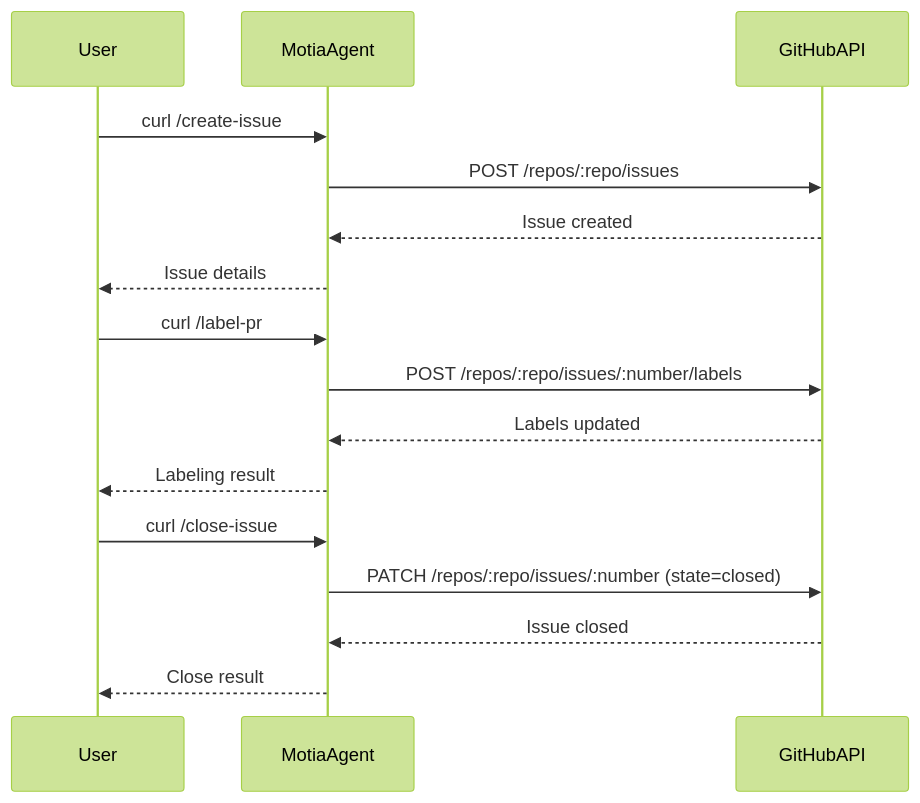
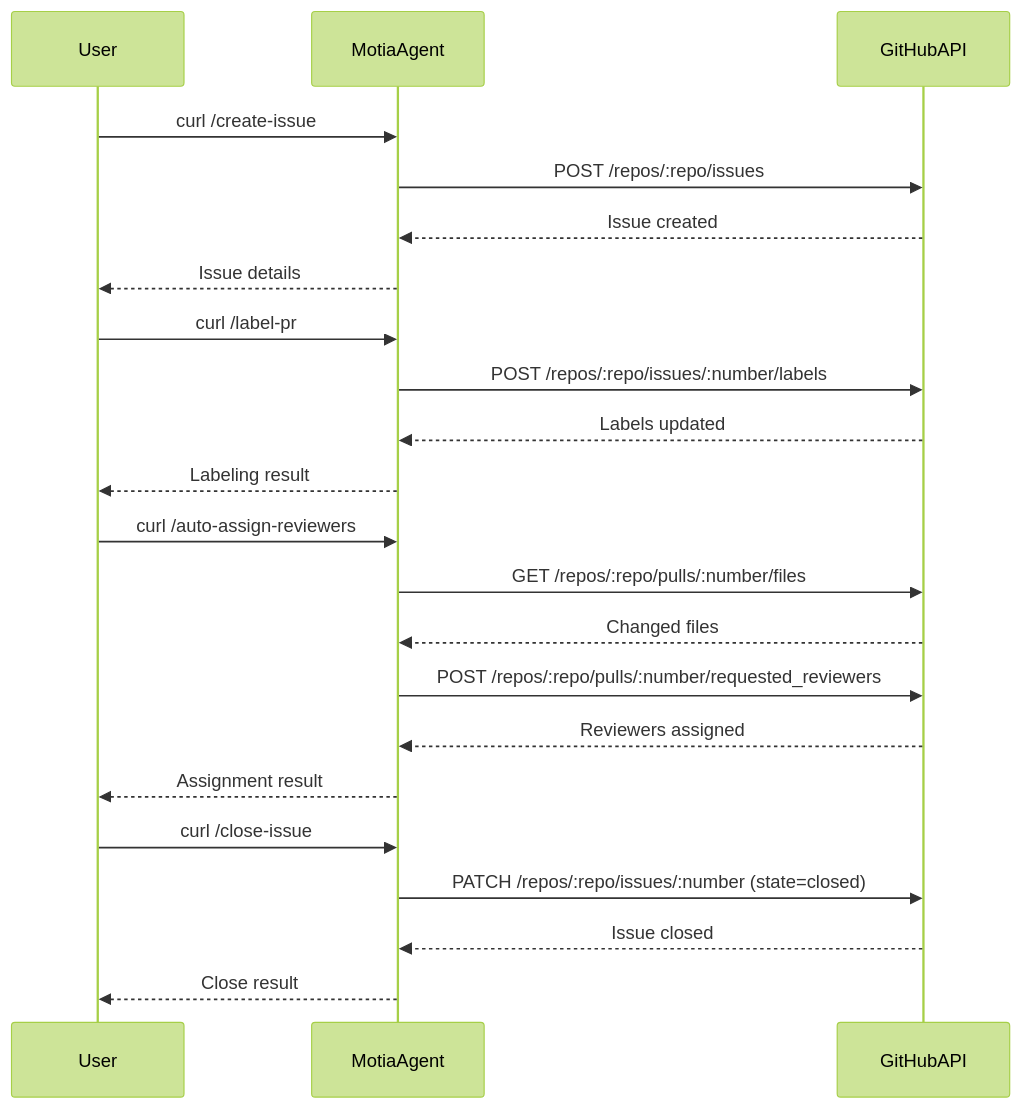
Before and after one commit to swarna1101/github-pr-agent: the diagram in README.md, drawn with Mermaid (forest theme). The commit also changed 4 other files, not shown here.

````diff
--- a/README.md
+++ b/README.md
@@ -90,18 +90,24 @@
 ```mermaid
 sequenceDiagram
     participant User
     participant MotiaAgent
     participant GitHubAPI
     User->>MotiaAgent: curl /create-issue
     MotiaAgent->>GitHubAPI: POST /repos/:repo/issues
     GitHubAPI-->>MotiaAgent: Issue created
     MotiaAgent-->>User: Issue details
     User->>MotiaAgent: curl /label-pr
     MotiaAgent->>GitHubAPI: POST /repos/:repo/issues/:number/labels
     GitHubAPI-->>MotiaAgent: Labels updated
     MotiaAgent-->>User: Labeling result
+    User->>MotiaAgent: curl /auto-assign-reviewers
+    MotiaAgent->>GitHubAPI: GET /repos/:repo/pulls/:number/files
+    GitHubAPI-->>MotiaAgent: Changed files
+    MotiaAgent->>GitHubAPI: POST /repos/:repo/pulls/:number/requested_reviewers
+    GitHubAPI-->>MotiaAgent: Reviewers assigned
+    MotiaAgent-->>User: Assignment result
     User->>MotiaAgent: curl /close-issue
     MotiaAgent->>GitHubAPI: PATCH /repos/:repo/issues/:number (state=closed)
     GitHubAPI-->>MotiaAgent: Issue closed
     MotiaAgent-->>User: Close result
 ```
````
